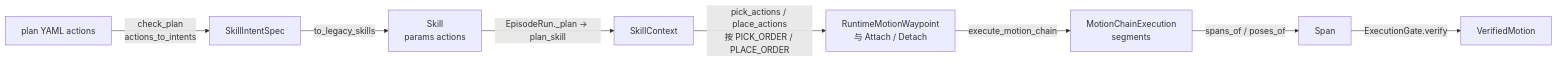
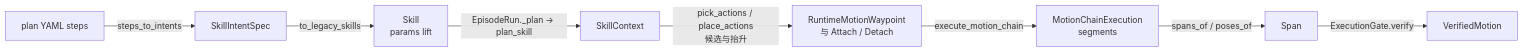
One commit to ZJLi2013/RoboSmith changed the third of 5 diagrams in docs/call-chain.md. Above: the diagram before and after it, drawn with Mermaid. The commit also changed other lines of this file and 5 other files, not shown here.

Commit message:
docs: plan files are steps with an optional pick lift, and the changelog lists the removed actions translation

````diff
--- a/docs/call-chain.md
+++ b/docs/call-chain.md
@@ -169,10 +169,10 @@
 ```mermaid
 flowchart LR
-    Y["plan YAML actions"] -->|check_plan<br/>actions_to_intents| I["SkillIntentSpec"]
-    I -->|to_legacy_skills| S["Skill<br/>params actions"]
+    Y["plan YAML steps"] -->|steps_to_intents| I["SkillIntentSpec"]
+    I -->|to_legacy_skills| S["Skill<br/>params lift"]
     S -->|EpisodeRun._plan → plan_skill| C["SkillContext"]
-    C -->|pick_actions / place_actions<br/>按 PICK_ORDER / PLACE_ORDER| A["RuntimeMotionWaypoint<br/>与 Attach / Detach"]
+    C -->|pick_actions / place_actions<br/>候选与抬升| A["RuntimeMotionWaypoint<br/>与 Attach / Detach"]
     A -->|execute_motion_chain| M["MotionChainExecution<br/>segments"]
     M -->|spans_of / poses_of| P["Span"]
     P -->|ExecutionGate.verify| V["VerifiedMotion"]
 ```
````
